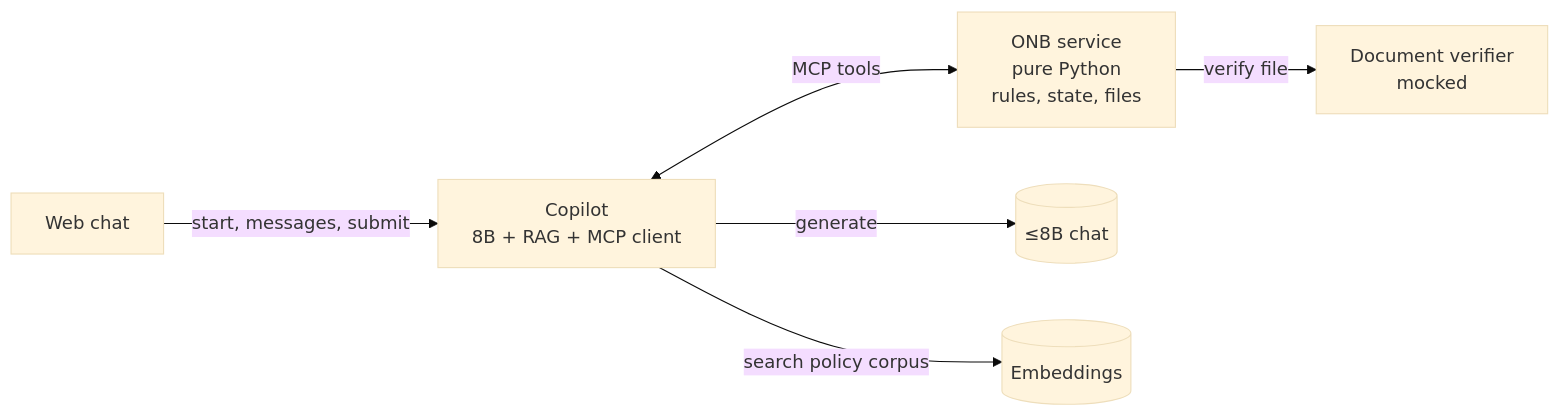
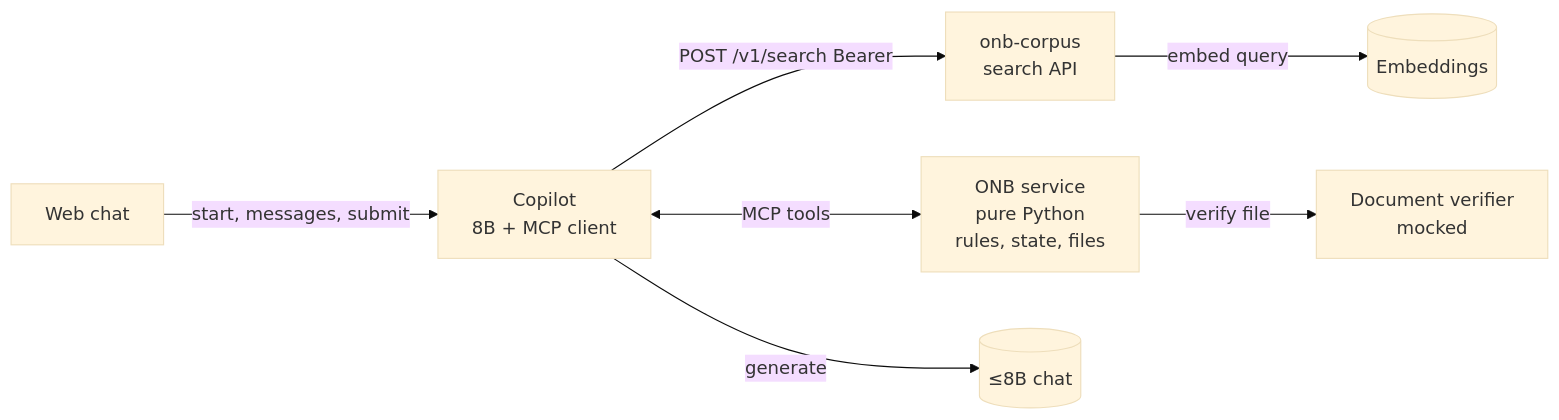
The diagram in README.md (Capstone-iPe/analysis), drawn with Mermaid (base theme) before and after one commit. The commit also changed other lines of this file and 3 other files, not shown here.

First line of the commit message:
Point ADR, README, and mentor dashboard at onb-corpus search.

````diff
--- a/README.md
+++ b/README.md
@@ -22,15 +22,17 @@
 ```mermaid
 flowchart LR
   FE[Web chat]
-  A[Copilot<br/>8B + RAG + MCP client]
+  A[Copilot<br/>8B + MCP client]
   ONB[ONB service<br/>pure Python<br/>rules, state, files]
+  C[onb-corpus<br/>search API]
   DV[Document verifier<br/>mocked]
   M[(≤8B chat)]
   E[(Embeddings)]
 
   FE -->|start, messages, submit| A
   A -->|generate| M
-  A -->|search policy corpus| E
+  A -->|"POST /v1/search Bearer"| C
+  C -->|embed query| E
   A <-->|MCP tools| ONB
   ONB -->|verify file| DV
 ```
````
